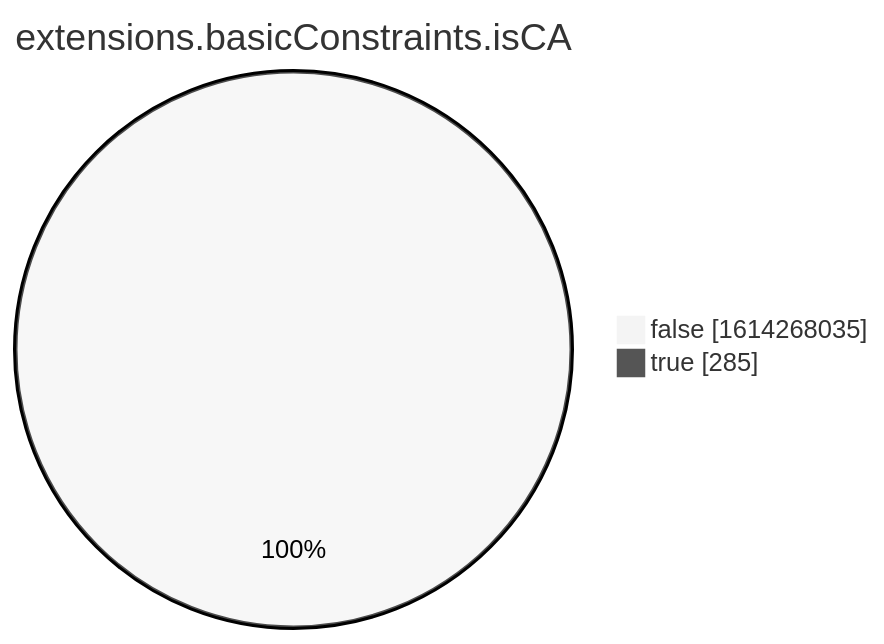
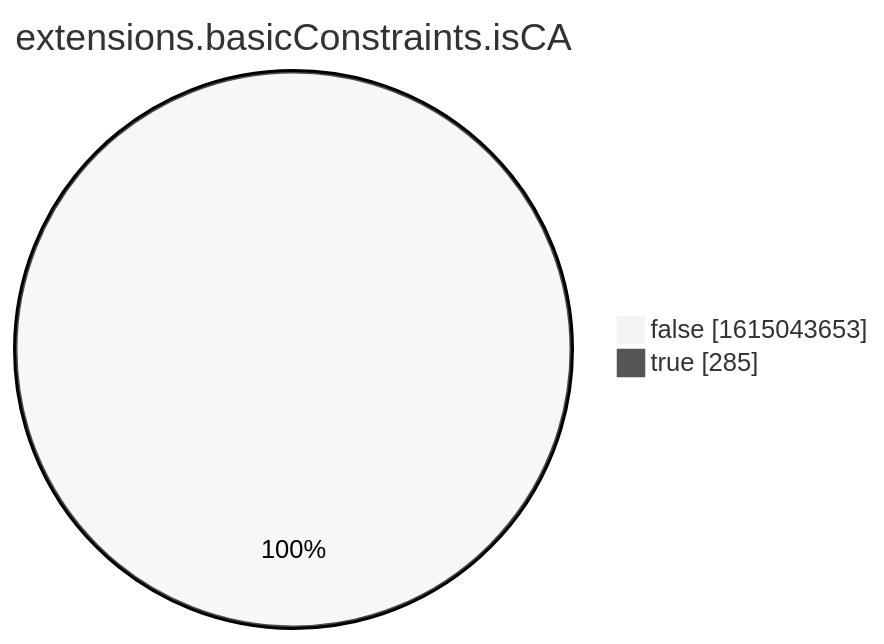
One commit to christiankrug/ctmonitor_visualization changed the eighth of 15 diagrams in xenon2022/README.md. Above: the diagram before and after it, drawn with Mermaid (neutral theme). The commit also changed other lines of this file, not shown here.

````diff
--- a/xenon2022/README.md
+++ b/xenon2022/README.md
@@ -2863,6 +2863,6 @@
 ```mermaid
 pie showData
 title extensions.basicConstraints.isCA
-"false" :1614268035
+"false" :1615043653
 "true" :285
 ```
````
